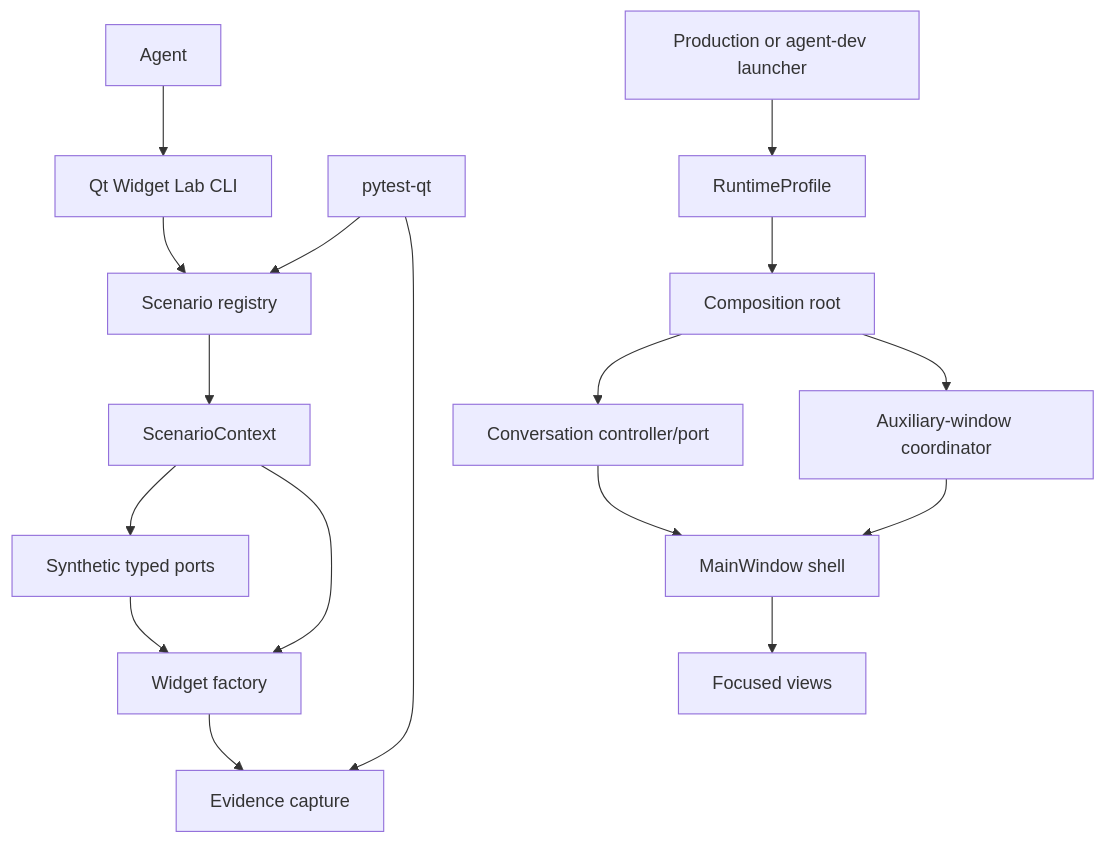
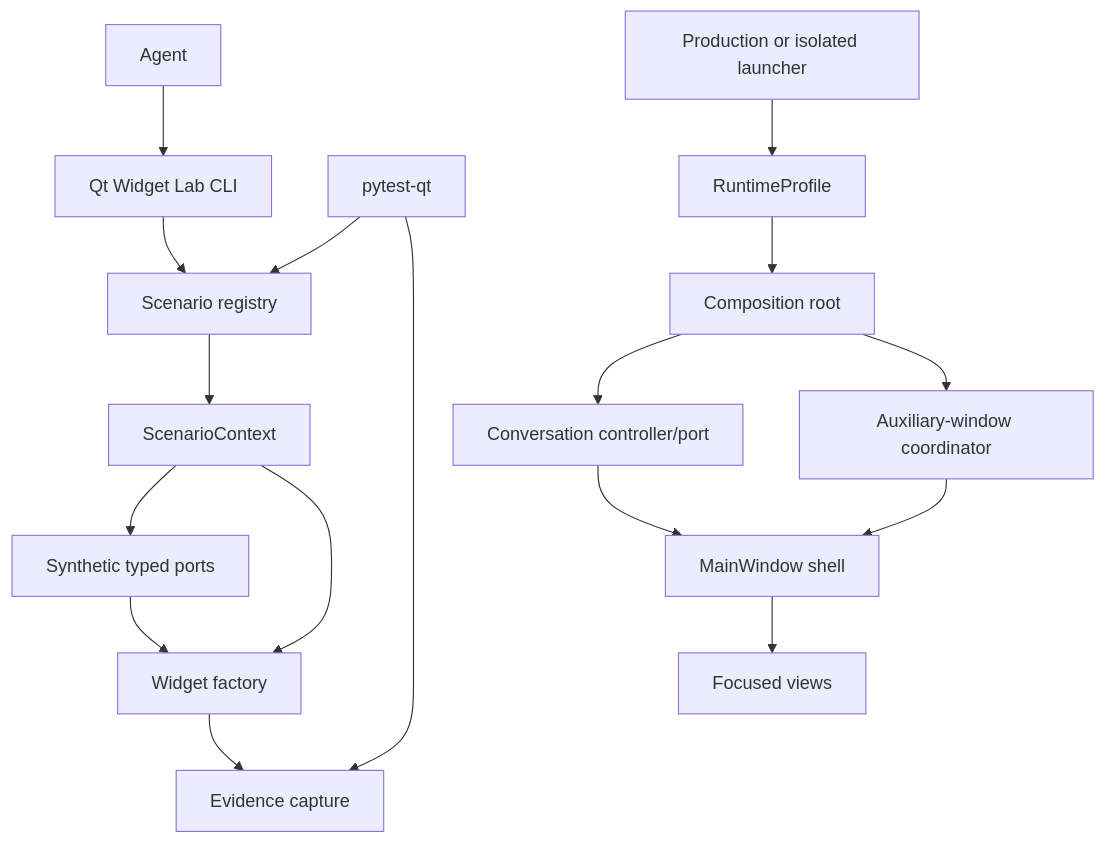
One commit to xiaoland/Xenix changed the second of 3 diagrams in tasks/ui-dx/design.md. Above: the diagram before and after it, drawn with Mermaid. The commit also changed other lines of this file and 4 other files, not shown here.

First line of the commit message:
Update UI-DX task packet for isolated runtime profile

````diff
--- a/tasks/ui-dx/design.md
+++ b/tasks/ui-dx/design.md
@@ -52,20 +52,20 @@
 ```mermaid
 flowchart TD
     A[Agent] --> L[Qt Widget Lab CLI]
     T[pytest-qt] --> R[Scenario registry]
     L --> R
     R --> C[ScenarioContext]
     C --> P[Synthetic typed ports]
     C --> W[Widget factory]
     P --> W
     W --> E[Evidence capture]
     T --> E
 
-    X[Production or agent-dev launcher] --> RP[RuntimeProfile]
+    X[Production or isolated launcher] --> RP[RuntimeProfile]
     RP --> CR[Composition root]
     CR --> CC[Conversation controller/port]
     CR --> AC[Auxiliary-window coordinator]
     CC --> MW[MainWindow shell]
     AC --> MW
     MW --> V[Focused views]
 ```
````
